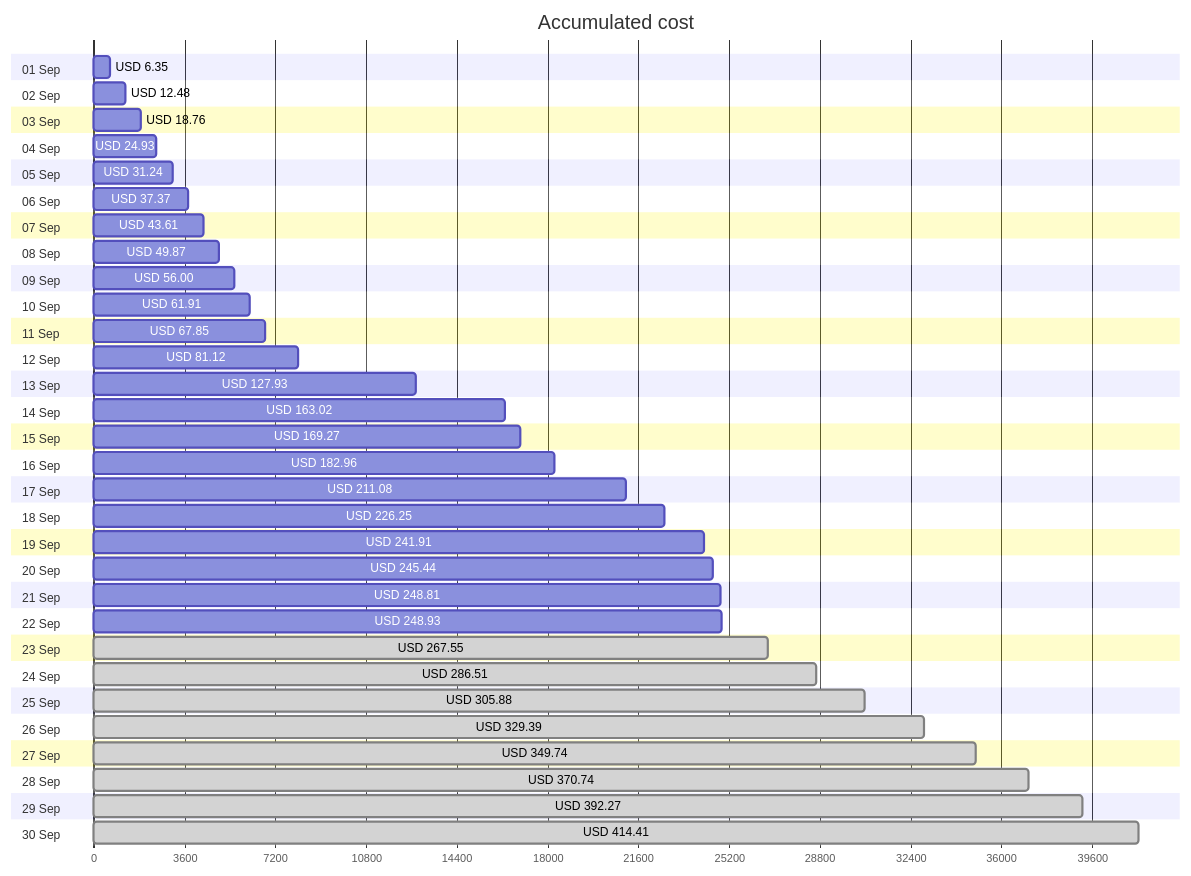
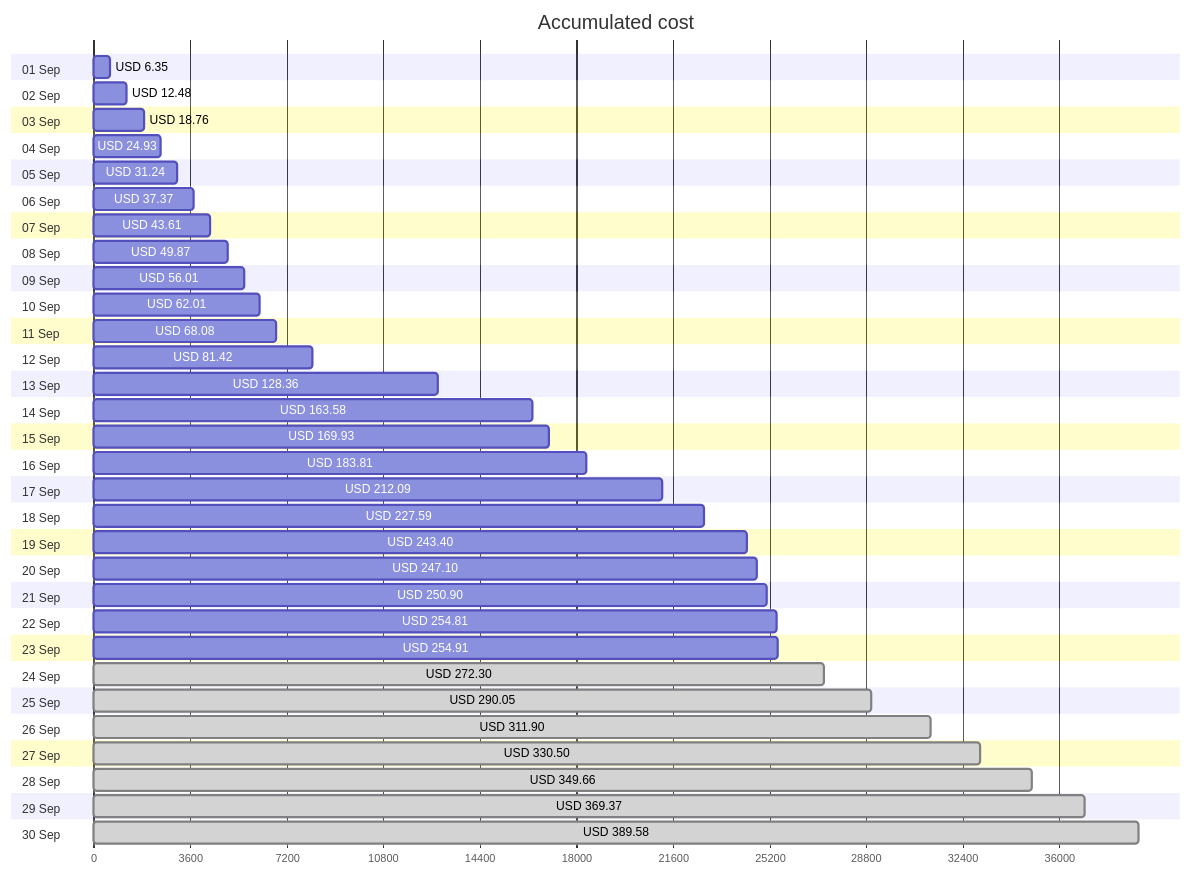
One commit to jpfulton/azure-personal-reports changed the first of 4 diagrams in cost-reports/accumulated-cost.md. Above: the diagram before and after it, drawn with Mermaid. The commit also changed other lines of this file and 4 other files, not shown here.

````diff
--- a/cost-reports/accumulated-cost.md
+++ b/cost-reports/accumulated-cost.md
@@ -20,66 +20,66 @@
 ```mermaid
 gantt
    title Accumulated cost
    dateFormat  X
    axisFormat %s
    section 01 Sep
    USD 6.35 :0, 635
    section 02 Sep
    USD 12.48 :0, 1248
    section 03 Sep
    USD 18.76 :0, 1876
    section 04 Sep
    USD 24.93 :0, 2493
    section 05 Sep
    USD 31.24 :0, 3124
    section 06 Sep
    USD 37.37 :0, 3737
    section 07 Sep
    USD 43.61 :0, 4361
    section 08 Sep
    USD 49.87 :0, 4987
    section 09 Sep
-   USD 56.00 :0, 5600
+   USD 56.01 :0, 5601
    section 10 Sep
-   USD 61.91 :0, 6191
+   USD 62.01 :0, 6201
    section 11 Sep
-   USD 67.85 :0, 6785
+   USD 68.08 :0, 6808
    section 12 Sep
-   USD 81.12 :0, 8112
+   USD 81.42 :0, 8142
    section 13 Sep
-   USD 127.93 :0, 12793
+   USD 128.36 :0, 12836
    section 14 Sep
-   USD 163.02 :0, 16302
+   USD 163.58 :0, 16358
    section 15 Sep
-   USD 169.27 :0, 16927
+   USD 169.93 :0, 16993
    section 16 Sep
-   USD 182.96 :0, 18296
+   USD 183.81 :0, 18381
    section 17 Sep
-   USD 211.08 :0, 21108
+   USD 212.09 :0, 21209
    section 18 Sep
-   USD 226.25 :0, 22625
+   USD 227.59 :0, 22759
    section 19 Sep
-   USD 241.91 :0, 24191
+   USD 243.40 :0, 24340
    section 20 Sep
-   USD 245.44 :0, 24544
+   USD 247.10 :0, 24710
    section 21 Sep
-   USD 248.81 :0, 24881
+   USD 250.90 :0, 25090
    section 22 Sep
-   USD 248.93 :0, 24893
+   USD 254.81 :0, 25481
    section 23 Sep
-   USD 267.55 : done, 0, 26755
+   USD 254.91 :0, 25491
    section 24 Sep
-   USD 286.51 : done, 0, 28651
+   USD 272.30 : done, 0, 27230
    section 25 Sep
-   USD 305.88 : done, 0, 30588
+   USD 290.05 : done, 0, 29005
    section 26 Sep
-   USD 329.39 : done, 0, 32939
+   USD 311.90 : done, 0, 31190
    section 27 Sep
-   USD 349.74 : done, 0, 34974
+   USD 330.50 : done, 0, 33050
    section 28 Sep
-   USD 370.74 : done, 0, 37074
+   USD 349.66 : done, 0, 34966
    section 29 Sep
-   USD 392.27 : done, 0, 39227
+   USD 369.37 : done, 0, 36937
    section 30 Sep
-   USD 414.41 : done, 0, 41441
+   USD 389.58 : done, 0, 38958
 ```
````
